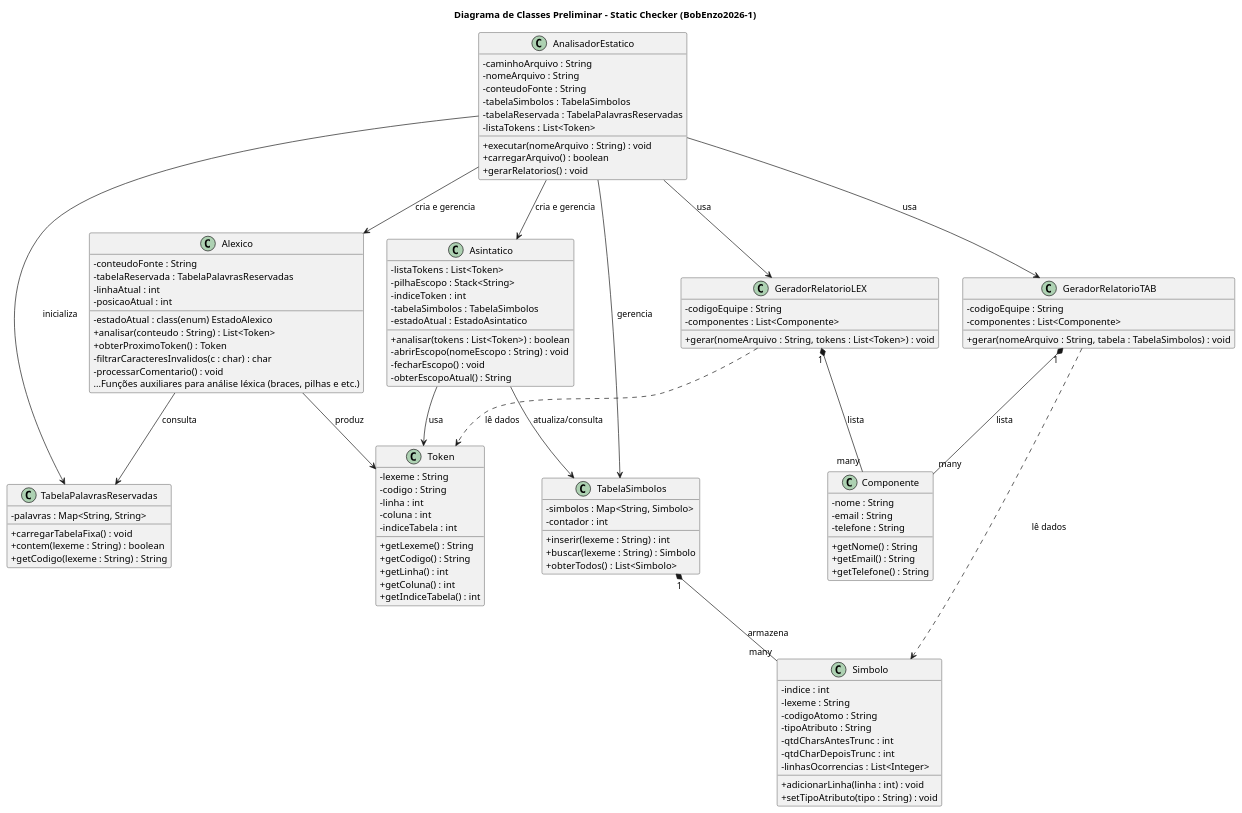
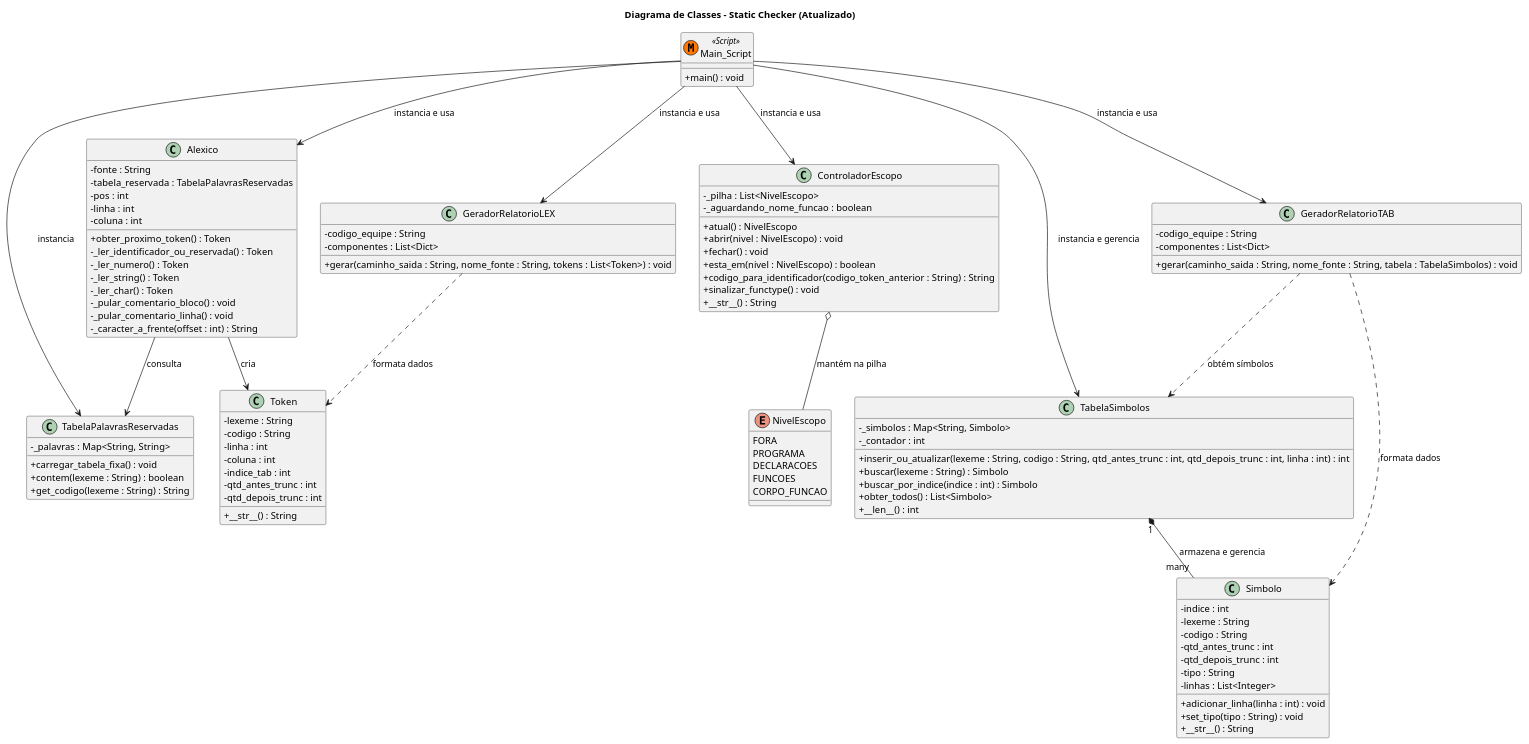
The diagram in Docs/UML-Diagrams/ClassDigram/ClassDigram.puml (Rickdebarro/Static-Checker-BobEnzo), drawn with PlantUML before and after one commit. The commit also changed 1 other file, not shown here.

Commit message:
Diagrama de Classes atualizado

```diff
--- a/Docs/UML-Diagrams/ClassDigram/ClassDigram.puml
+++ b/Docs/UML-Diagrams/ClassDigram/ClassDigram.puml
@@ -1,123 +1,119 @@
 @startuml
 skinparam classAttributeIconSize 0
 skinparam theme simple
 
-title Diagrama de Classes Preliminar - Static Checker (BobEnzo2026-1)
+title Diagrama de Classes - Static Checker (Atualizado)
 
-class AnalisadorEstatico {
-    - caminhoArquivo : String
-    - nomeArquivo : String
-    - conteudoFonte : String
-    - tabelaSimbolos : TabelaSimbolos
-    - tabelaReservada : TabelaPalavrasReservadas
-    - listaTokens : List<Token>
-    + executar(nomeArquivo : String) : void
-    + carregarArquivo() : boolean
-    + gerarRelatorios() : void
+class Main_Script << (M, #FF7700) Script >> {
+    + main() : void
 }
 
 class Alexico {
-    - conteudoFonte : String
-    - tabelaReservada : TabelaPalavrasReservadas
-    - linhaAtual : int
-    - posicaoAtual : int
-    - estadoAtual : class(enum) EstadoAlexico
-    + analisar(conteudo : String) : List<Token>
-    + obterProximoToken() : Token
-    - filtrarCaracteresInvalidos(c : char) : char
-    - processarComentario() : void
-    ...Funções auxiliares para análise léxica (braces, pilhas e etc.)
-    
+    - fonte : String
+    - tabela_reservada : TabelaPalavrasReservadas
+    - pos : int
+    - linha : int
+    - coluna : int
+    + obter_proximo_token() : Token
+    - _ler_identificador_ou_reservada() : Token
+    - _ler_numero() : Token
+    - _ler_string() : Token
+    - _ler_char() : Token
+    - _pular_comentario_bloco() : void
+    - _pular_comentario_linha() : void
+    - _caracter_a_frente(offset : int) : String
 }
 
-class Asintatico {
-    - listaTokens : List<Token>
-    - pilhaEscopo : Stack<String>
-    - indiceToken : int
-    - tabelaSimbolos : TabelaSimbolos
-    - estadoAtual : EstadoAsintatico
-    + analisar(tokens : List<Token>) : boolean
-    - abrirEscopo(nomeEscopo : String) : void
-    - fecharEscopo() : void
-    - obterEscopoAtual() : String
+enum NivelEscopo {
+    FORA
+    PROGRAMA
+    DECLARACOES
+    FUNCOES
+    CORPO_FUNCAO
+}
+
+class ControladorEscopo {
+    - _pilha : List<NivelEscopo>
+    - _aguardando_nome_funcao : boolean
+    + atual() : NivelEscopo
+    + abrir(nivel : NivelEscopo) : void
+    + fechar() : void
+    + esta_em(nivel : NivelEscopo) : boolean
+    + codigo_para_identificador(codigo_token_anterior : String) : String
+    + sinalizar_functype() : void
+    + __str__() : String
 }
 
 class Token {
     - lexeme : String
     - codigo : String
     - linha : int
-    -coluna : int
-    - indiceTabela : int
-    + getLexeme() : String
-    + getCodigo() : String
-    + getLinha() : int
-    + getColuna() : int
-    + getIndiceTabela() : int
+    - coluna : int
+    - indice_tab : int
+    - qtd_antes_trunc : int
+    - qtd_depois_trunc : int
+    + __str__() : String
 }
 
 class TabelaPalavrasReservadas {
-    - palavras : Map<String, String>
-    + carregarTabelaFixa() : void
+    - _palavras : Map<String, String>
+    + carregar_tabela_fixa() : void
     + contem(lexeme : String) : boolean
-    + getCodigo(lexeme : String) : String
+    + get_codigo(lexeme : String) : String
 }
 
 class TabelaSimbolos {
-    - simbolos : Map<String, Simbolo>
-    - contador : int
-    + inserir(lexeme : String) : int
+    - _simbolos : Map<String, Simbolo>
+    - _contador : int
+    + inserir_ou_atualizar(lexeme : String, codigo : String, qtd_antes_trunc : int, qtd_depois_trunc : int, linha : int) : int
     + buscar(lexeme : String) : Simbolo
-    + obterTodos() : List<Simbolo>
+    + buscar_por_indice(indice : int) : Simbolo
+    + obter_todos() : List<Simbolo>
+    + __len__() : int
 }
 
 class Simbolo {
     - indice : int
     - lexeme : String
-    - codigoAtomo : String
-    - tipoAtributo : String
-    - qtdCharsAntesTrunc : int
-    - qtdCharDepoisTrunc : int
-    - linhasOcorrencias : List<Integer>
-    + adicionarLinha(linha : int) : void
-    + setTipoAtributo(tipo : String) : void
+    - codigo : String
+    - qtd_antes_trunc : int
+    - qtd_depois_trunc : int
+    - tipo : String
+    - linhas : List<Integer>
+    + adicionar_linha(linha : int) : void
+    + set_tipo(tipo : String) : void
+    + __str__() : String
 }
 
 class GeradorRelatorioLEX {
-    - codigoEquipe : String
-    - componentes : List<Componente>
-    + gerar(nomeArquivo : String, tokens : List<Token>) : void
+    - codigo_equipe : String
+    - componentes : List<Dict>
+    + gerar(caminho_saida : String, nome_fonte : String, tokens : List<Token>) : void
 }
 
 class GeradorRelatorioTAB {
-    - codigoEquipe : String
-    - componentes : List<Componente>
-    + gerar(nomeArquivo : String, tabela : TabelaSimbolos) : void
+    - codigo_equipe : String
+    - componentes : List<Dict>
+    + gerar(caminho_saida : String, nome_fonte : String, tabela : TabelaSimbolos) : void
 }
 
-class Componente {
-    - nome : String
-    - email : String
-    - telefone : String
-    + getNome() : String
-    + getEmail() : String
-    + getTelefone() : String
-}
+' Relacionamentos
+Main_Script --> Alexico : "instancia e usa"
+Main_Script --> TabelaSimbolos : "instancia e gerencia"
+Main_Script --> TabelaPalavrasReservadas : "instancia"
+Main_Script --> ControladorEscopo : "instancia e usa"
+Main_Script --> GeradorRelatorioLEX : "instancia e usa"
+Main_Script --> GeradorRelatorioTAB : "instancia e usa"
 
+ControladorEscopo o-- NivelEscopo : "mantém na pilha"
 
-AnalisadorEstatico --> Alexico : "cria e gerencia"
-AnalisadorEstatico --> Asintatico : "cria e gerencia"
-AnalisadorEstatico --> TabelaSimbolos : "gerencia"
-AnalisadorEstatico --> TabelaPalavrasReservadas : "inicializa"
-AnalisadorEstatico --> GeradorRelatorioLEX : "usa"
-AnalisadorEstatico --> GeradorRelatorioTAB : "usa"
-Alexico --> Token : "produz"
+Alexico --> Token : "cria"
 Alexico --> TabelaPalavrasReservadas : "consulta"
-Asintatico --> Token : "usa"
-Asintatico --> TabelaSimbolos : "atualiza/consulta"
-TabelaSimbolos "1" *-- "many" Simbolo : "armazena"
-GeradorRelatorioLEX ..> Token : "lê dados"
-GeradorRelatorioLEX "1" *-- "many" Componente : "lista"
-GeradorRelatorioTAB ..> Simbolo : "lê dados"
-GeradorRelatorioTAB "1" *-- "many" Componente : "lista"
+
+TabelaSimbolos "1" *-- "many" Simbolo : "armazena e gerencia"
+
+GeradorRelatorioLEX ..> Token : "formata dados"
+GeradorRelatorioTAB ..> Simbolo : "formata dados"
+GeradorRelatorioTAB ..> TabelaSimbolos : "obtém símbolos"
 
 @enduml
```
